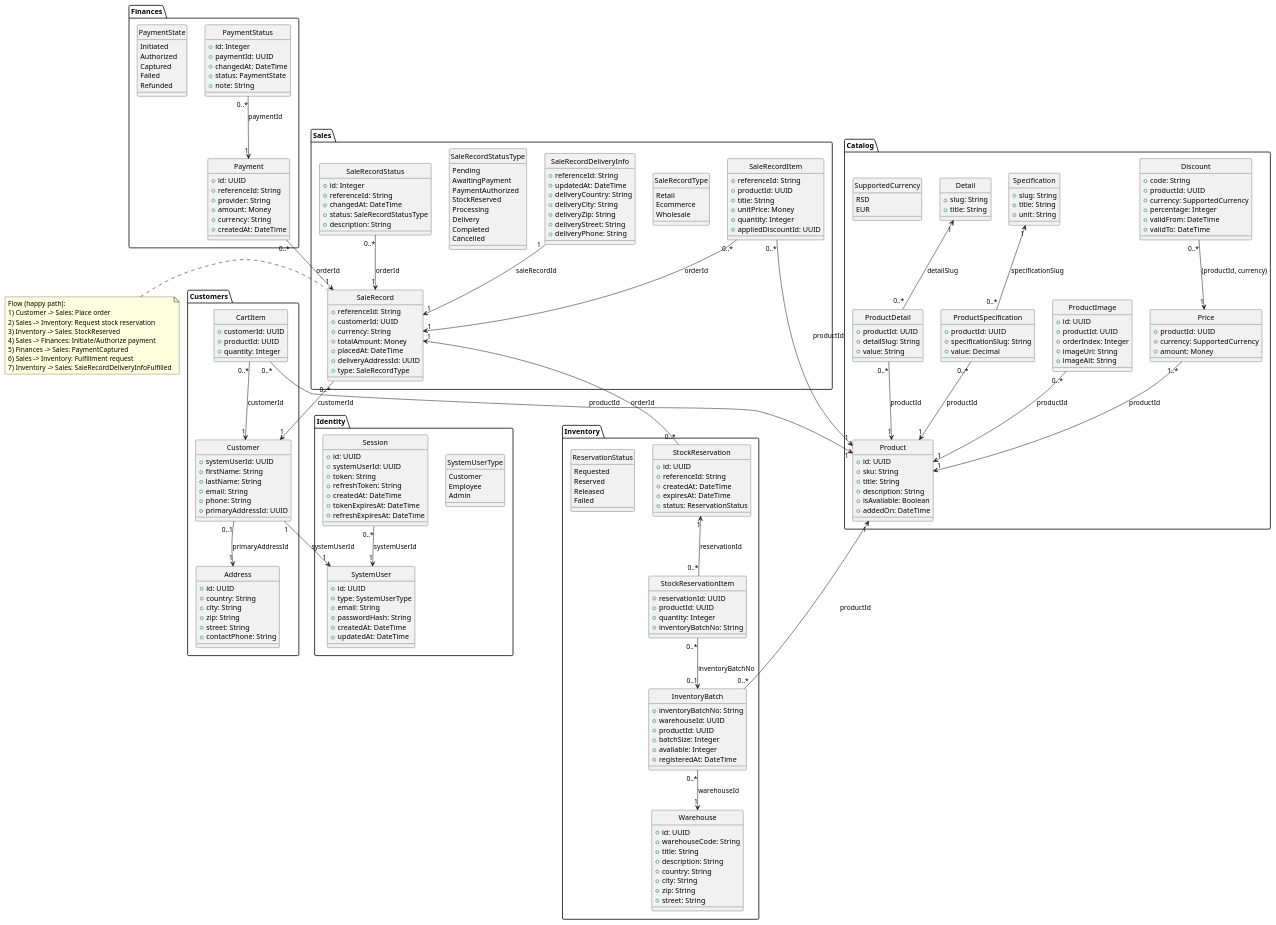
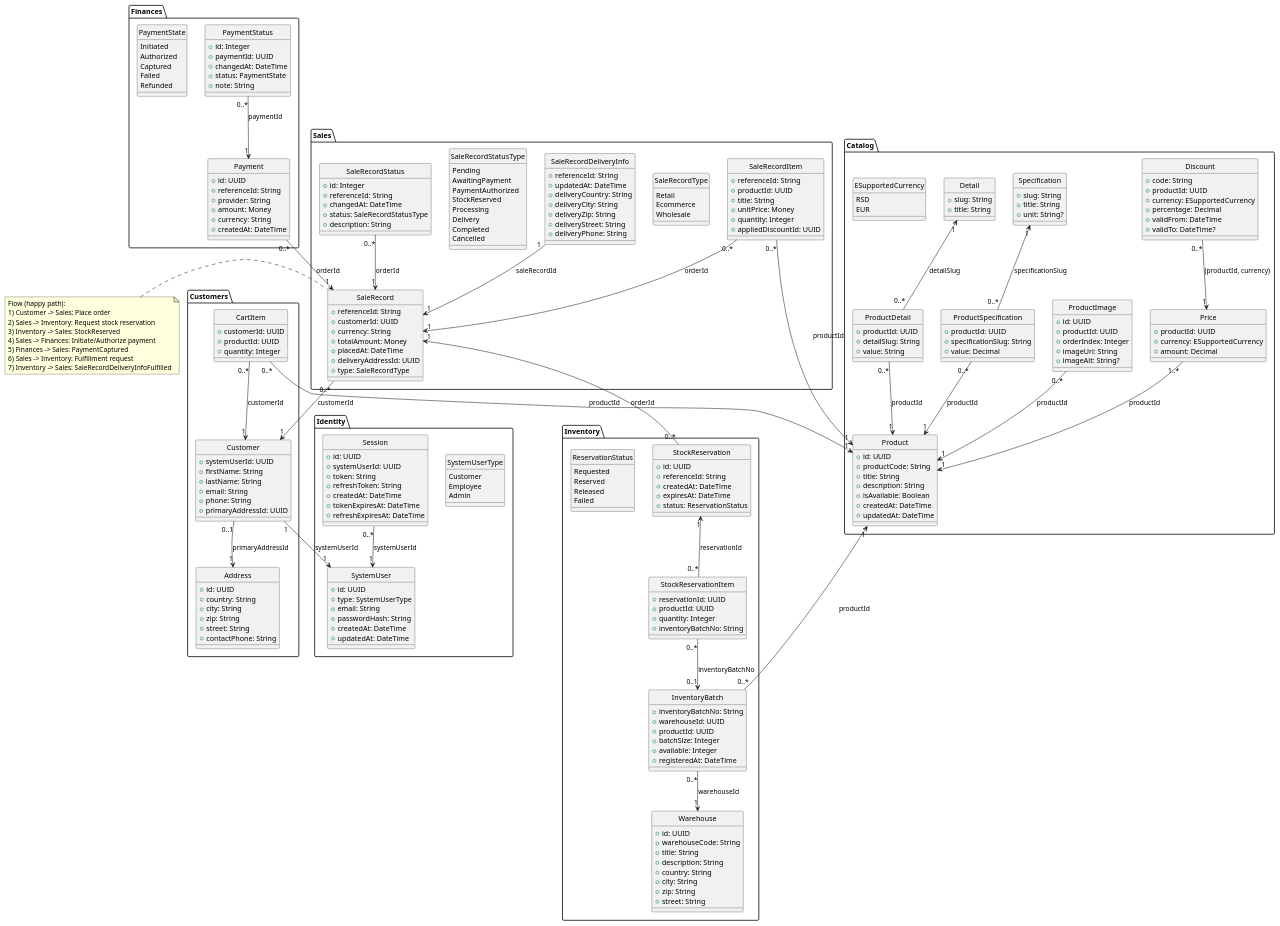
Before and after one commit to draganovik/matterway: the diagram in docs/Matterway HLD: Class Diagram - Platform Overview.puml, drawn with PlantUML. The commit also changed 18 other files, not shown here.

```diff
--- a/docs/Matterway HLD: Class Diagram - Platform Overview.puml
+++ b/docs/Matterway HLD: Class Diagram - Platform Overview.puml
@@ -37,30 +37,31 @@
   class Discount {
     +code: String
     +productId: UUID
-    +currency: SupportedCurrency
-    +percentage: Integer
+    +currency: ESupportedCurrency
+    +percentage: Decimal
     +validFrom: DateTime
-    +validTo: DateTime
+    +validTo: DateTime?
   }
 
   class Price {
     +productId: UUID
-    +currency: SupportedCurrency
-    +amount: Money
+    +currency: ESupportedCurrency
+    +amount: Decimal
   }
 
-  enum SupportedCurrency {
+  enum ESupportedCurrency {
     RSD
     EUR
   }
 
   class Product {
     +id: UUID
-    +sku: String
+    +productCode: String
     +title: String
     +description: String
     +isAvailable: Boolean
-    +addedOn: DateTime
+    +createdAt: DateTime
+    +updatedAt: DateTime
   }
 
   class ProductDetail {
@@ -83,7 +84,7 @@
   class Specification {
     +slug: String
     +title: String
-    +unit: String
+    +unit: String?
   }
 
   class ProductImage {
@@ -91,7 +92,7 @@
     +productId: UUID
     +orderIndex: Integer
     +imageUrl: String
-    +imageAlt: String
+    +imageAlt: String?
   }
 }
 
```
